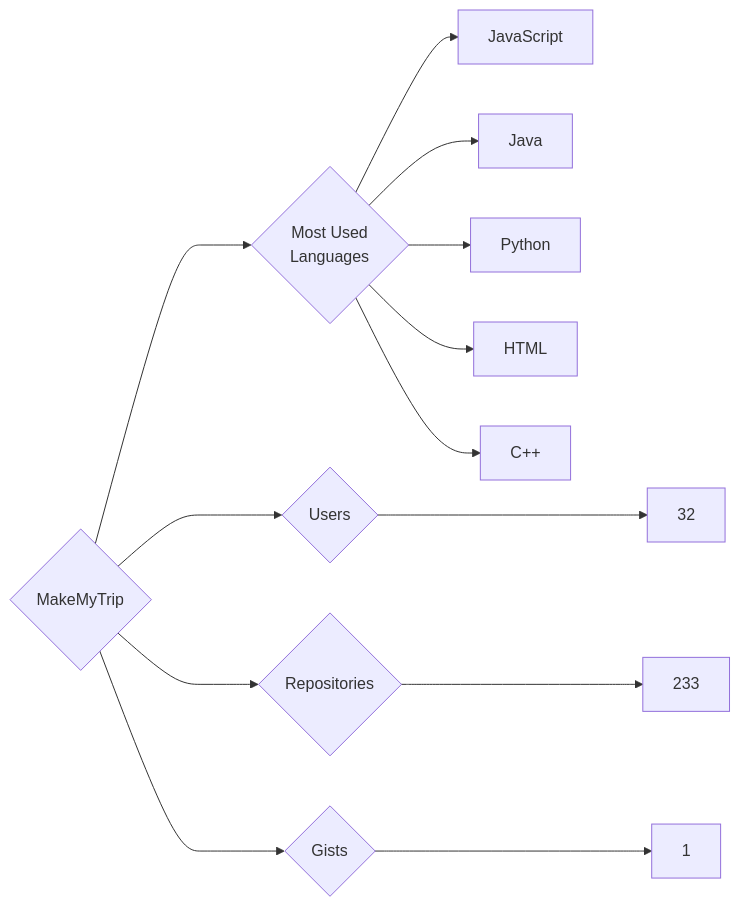
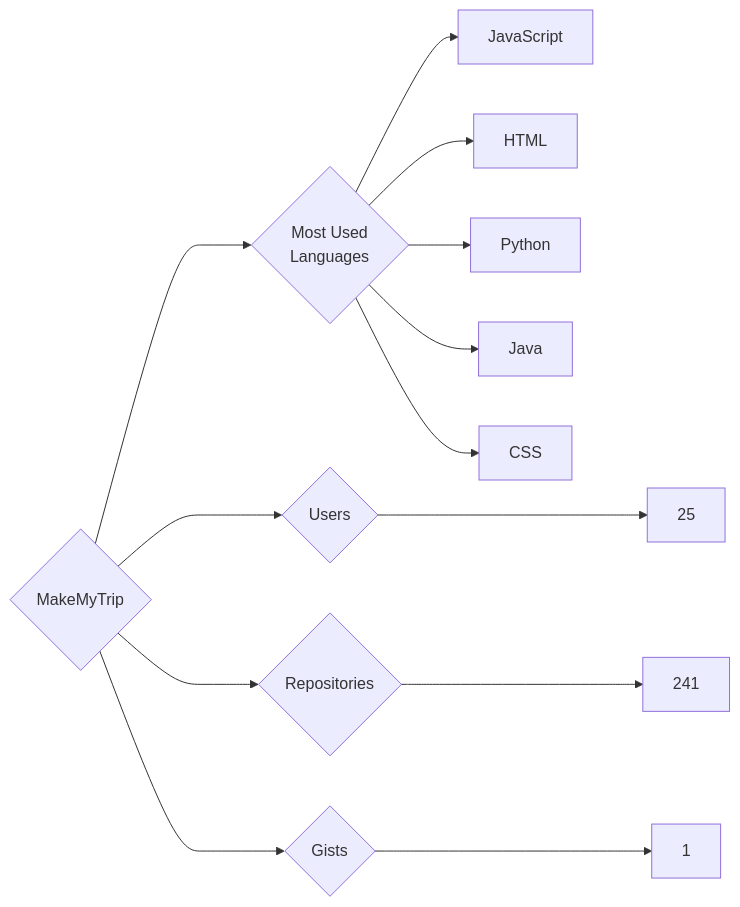
One commit to trickest/insiders changed the diagram in targets/MakeMyTrip/README.md. Above: the diagram before and after it, drawn with Mermaid. The commit also changed 953 other files, not shown here.

````diff
--- a/targets/MakeMyTrip/README.md
+++ b/targets/MakeMyTrip/README.md
@@ -3,13 +3,13 @@
 ```mermaid
 graph LR
 COMPANY_NAME{MakeMyTrip}
-COMPANY_NAME ---> U{Users} ---> UN[32]
-COMPANY_NAME ---> R{Repositories} ---> RN[233]
+COMPANY_NAME ---> U{Users} ---> UN[25]
+COMPANY_NAME ---> R{Repositories} ---> RN[241]
 COMPANY_NAME ---> G{Gists} ---> GN[1]
 COMPANY_NAME ---> ML{Most Used<br>Languages}
 ML --> JavaScript[JavaScript]
+ML --> HTML[HTML]
+ML --> Python[Python]
 ML --> Java[Java]
-ML --> Python[Python]
-ML --> HTML[HTML]
-ML --> C++[C++]
+ML --> CSS[CSS]
 ```
````
